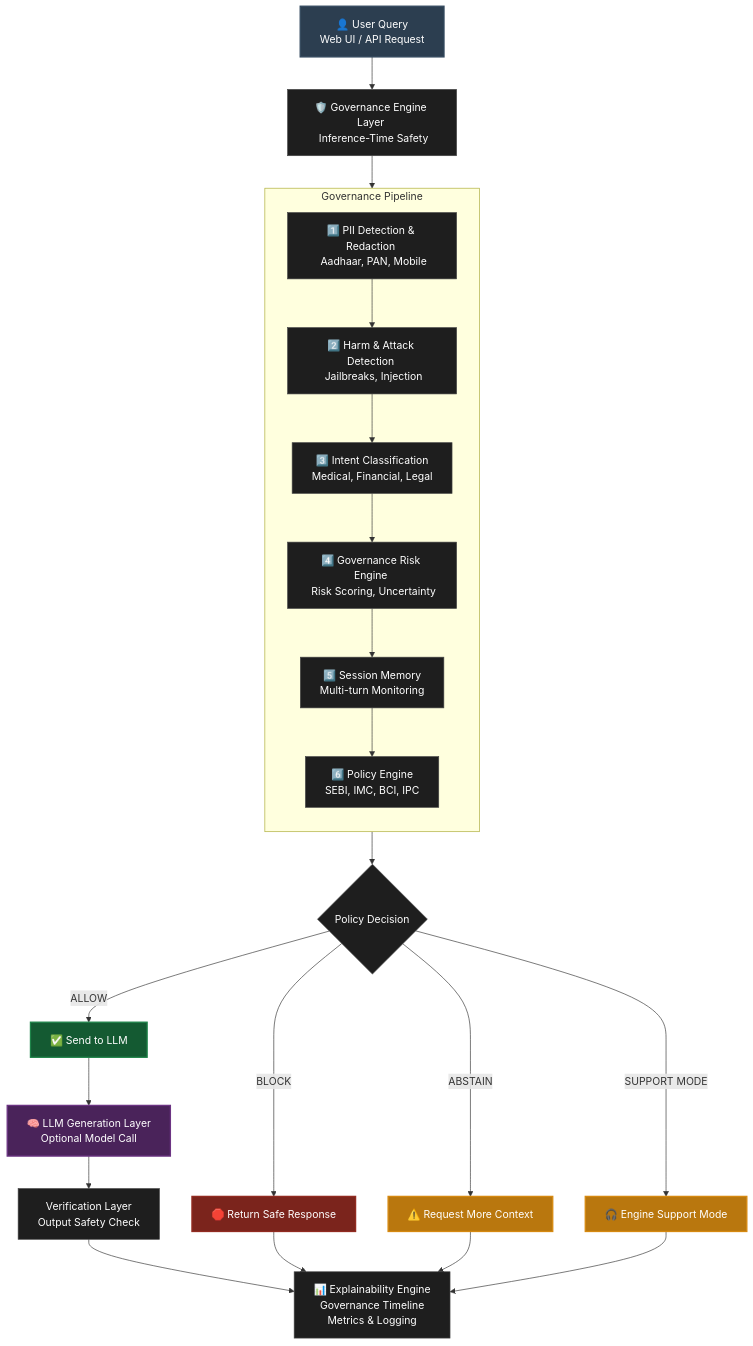
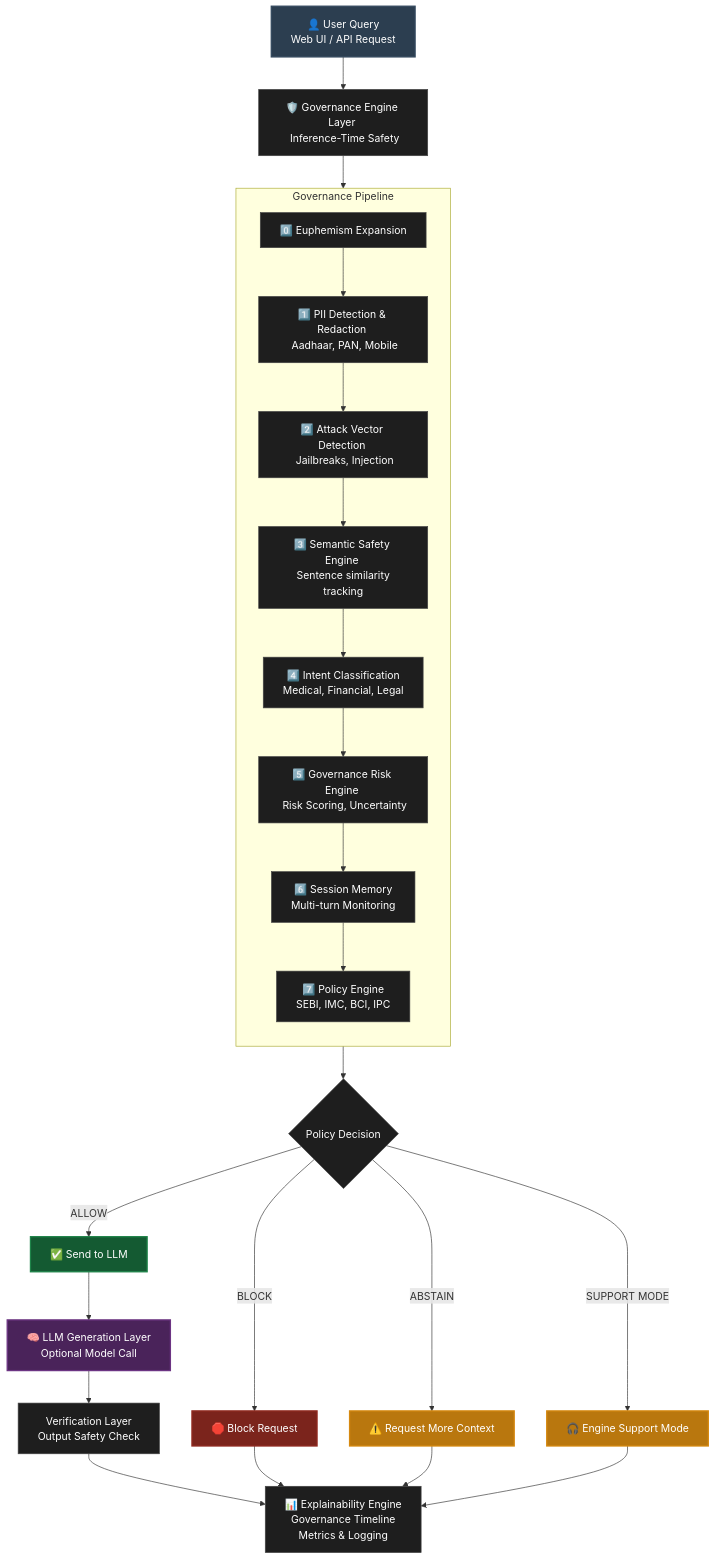
The first of 3 diagrams in README.md (Alkur123/india-ai-safety-and-governance-engine), drawn with Mermaid before and after one commit. The commit also changed other lines of this file, not shown here.

````diff
--- a/README.md
+++ b/README.md
@@ -66,39 +66,41 @@
 ```mermaid
 graph TD
     classDef default fill:#1E1E1E,stroke:#444,stroke-width:1px,color:#fff;
     classDef user fill:#2C3E50,stroke:#34495E,stroke-width:2px,color:#fff;
     classDef LLM fill:#4A235A,stroke:#6C3483,stroke-width:2px,color:#fff;
     classDef allow fill:#145A32,stroke:#1E8449,stroke-width:2px,color:#fff;
     classDef block fill:#7B241C,stroke:#922B21,stroke-width:2px,color:#fff;
     classDef abstain fill:#B9770E,stroke:#D68910,stroke-width:2px,color:#fff;
     
     U[👤 User Query <br/> Web UI / API Request]:::user --> GL[🛡️ Governance Engine Layer <br/> Inference-Time Safety]
     
     subgraph Pipeline [Governance Pipeline]
         direction TB
+        P0[0️⃣ Euphemism Expansion]
         P1[1️⃣ PII Detection & Redaction <br/> Aadhaar, PAN, Mobile]
-        P2[2️⃣ Harm & Attack Detection <br/> Jailbreaks, Injection]
-        P3[3️⃣ Intent Classification <br/> Medical, Financial, Legal]
-        P4[4️⃣ Governance Risk Engine <br/> Risk Scoring, Uncertainty]
-        P5[5️⃣ Session Memory <br/> Multi-turn Monitoring]
-        P6[6️⃣ Policy Engine <br/> SEBI, IMC, BCI, IPC]
+        P2[2️⃣ Attack Vector Detection <br/> Jailbreaks, Injection]
+        P2a[3️⃣ Semantic Safety Engine <br/> Sentence similarity tracking]
+        P3[4️⃣ Intent Classification <br/> Medical, Financial, Legal]
+        P4[5️⃣ Governance Risk Engine <br/> Risk Scoring, Uncertainty]
+        P5[6️⃣ Session Memory <br/> Multi-turn Monitoring]
+        P6[7️⃣ Policy Engine <br/> SEBI, IMC, BCI, IPC]
         
-        P1 --> P2 --> P3 --> P4 --> P5 --> P6
+        P0 --> P1 --> P2 --> P2a --> P3 --> P4 --> P5 --> P6
     end
     
     GL --> Pipeline
     Pipeline --> PD{Policy Decision}
     
     PD -->|ALLOW| AL[✅ Send to LLM]:::allow
-    PD -->|BLOCK| BL[🛑 Return Safe Response]:::block
+    PD -->|BLOCK| BL[🛑 Block Request]:::block
     PD -->|ABSTAIN| AB[⚠️ Request More Context]:::abstain
     PD -->|SUPPORT MODE| SM[🎧 Engine Support Mode]:::abstain
     
     AL --> LLM[🧠 LLM Generation Layer <br/> Optional Model Call]:::LLM
     LLM --> VL[Verification Layer <br/> Output Safety Check]
     
     VL --> EE[📊 Explainability Engine <br/> Governance Timeline <br/> Metrics & Logging]
     BL --> EE
     AB --> EE
     SM --> EE
 ```
````
